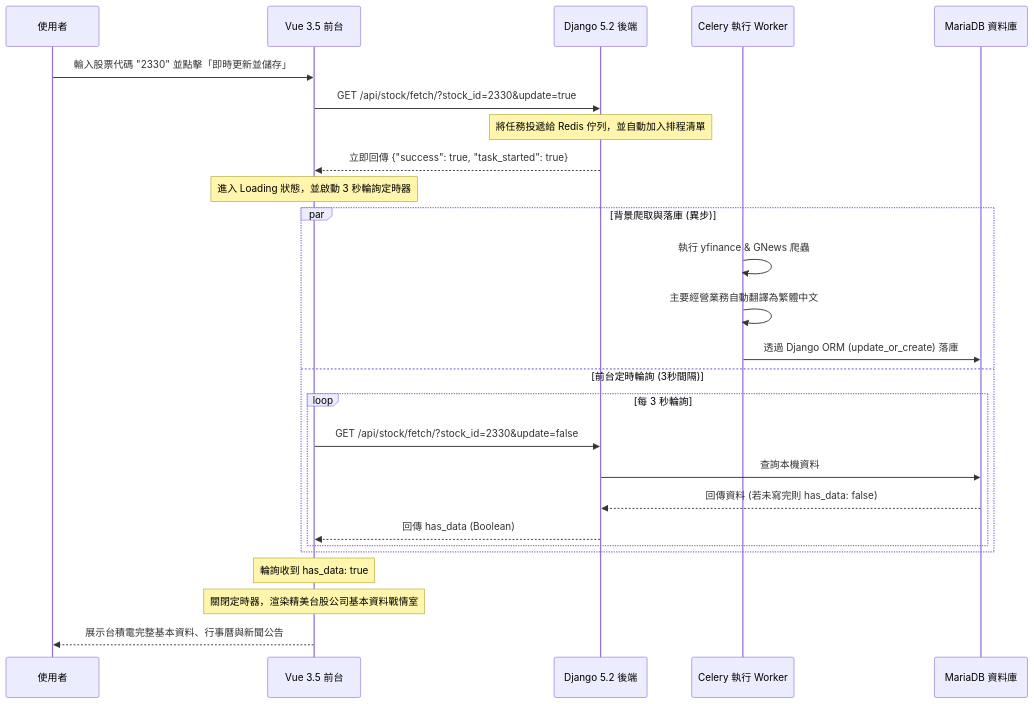
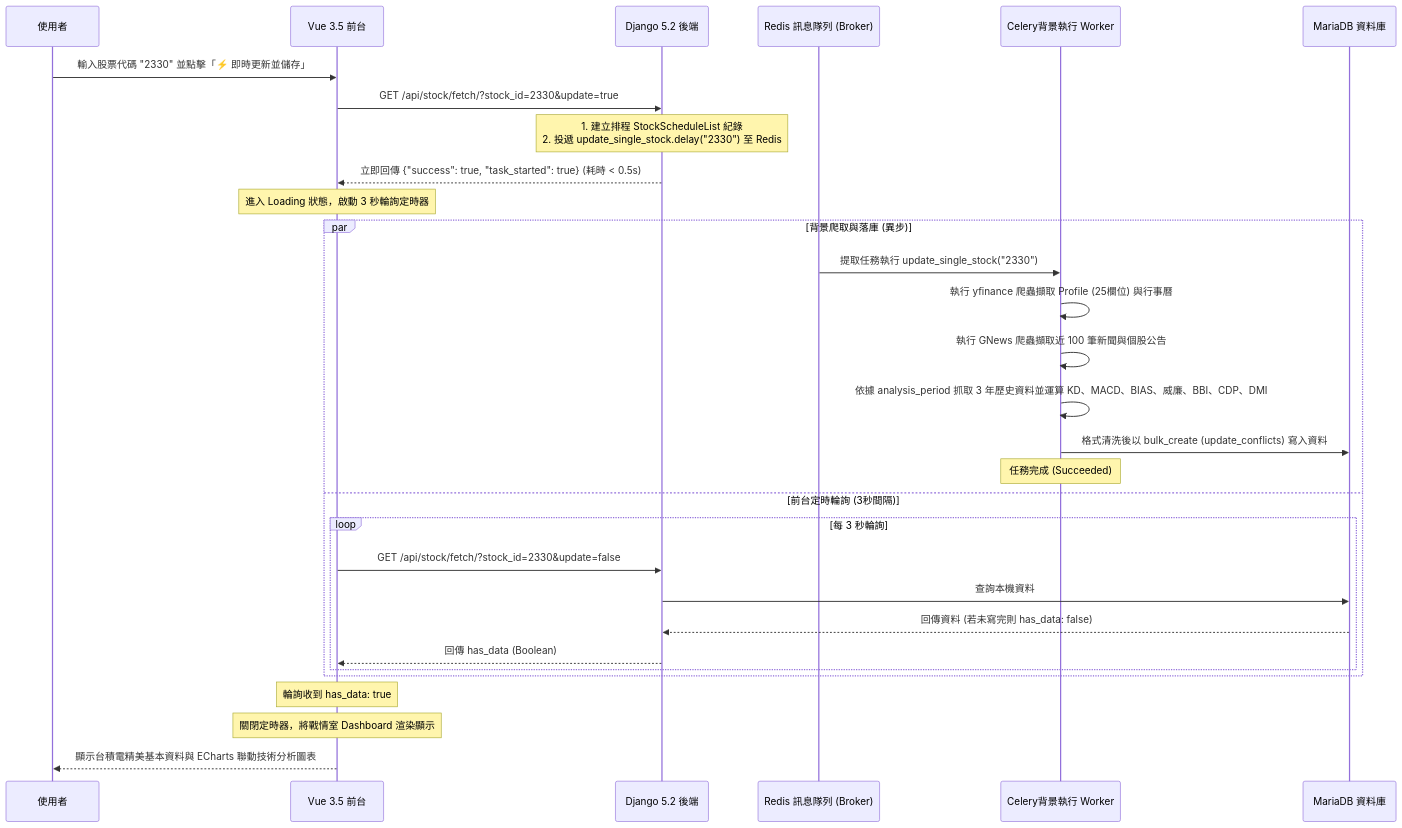
One commit to dengkaitraining/financial-information changed the diagram in .agents/skills/django-on-docker/task_logs/03_walkthrough.md. Above: the diagram before and after it, drawn with Mermaid. The commit also changed other lines of this file and 22 other files, not shown here.

Commit message:
2026-07-28 11:17 feat: add stock_db app with technical analysis calculation and database upsert capabilities

````diff
--- a/.agents/skills/django-on-docker/task_logs/03_walkthrough.md
+++ b/.agents/skills/django-on-docker/task_logs/03_walkthrough.md
@@ -11,31 +11,37 @@
 ```mermaid
 sequenceDiagram
     participant User as 使用者
     participant Vue_Frontend as Vue 3.5 前台
     participant Django_Backend as Django 5.2 後端
-    participant Celery_Worker as Celery 執行 Worker
+    participant Redis as Redis 訊息隊列 (Broker)
+    participant Celery_Worker as Celery背景執行 Worker
     participant MariaDB as MariaDB 資料庫
 
-    User->>Vue_Frontend: 輸入股票代碼 "2330" 並點擊「即時更新並儲存」
+    User->>Vue_Frontend: 輸入股票代碼 "2330" 並點擊「⚡ 即時更新並儲存」
     Vue_Frontend->>Django_Backend: GET /api/stock/fetch/?stock_id=2330&update=true
-    Note over Django_Backend: 將任務投遞給 Redis 佇列，並自動加入排程清單
-    Django_Backend-->>Vue_Frontend: 立即回傳 {"success": true, "task_started": true}
-    Note over Vue_Frontend: 進入 Loading 狀態，並啟動 3 秒輪詢定時器
+    
+    Note over Django_Backend: 1. 建立排程 StockScheduleList 紀錄<br/>2. 投遞 update_single_stock.delay("2330") 至 Redis
+    Django_Backend-->>Vue_Frontend: 立即回傳 {"success": true, "task_started": true} (耗時 < 0.5s)
+    
+    Note over Vue_Frontend: 進入 Loading 狀態，啟動 3 秒輪詢定時器
 
     par 背景爬取與落庫 (異步)
-        Celery_Worker->>Celery_Worker: 執行 yfinance & GNews 爬蟲
-        Celery_Worker->>Celery_Worker: 主要經營業務自動翻譯為繁體中文
-        Celery_Worker->>MariaDB: 透過 Django ORM (update_or_create) 落庫
+        Redis->>Celery_Worker: 提取任務執行 update_single_stock("2330")
+        Celery_Worker->>Celery_Worker: 執行 yfinance 爬蟲擷取 Profile (25欄位) 與行事曆
+        Celery_Worker->>Celery_Worker: 執行 GNews 爬蟲擷取近 100 筆新聞與個股公告
+        Celery_Worker->>Celery_Worker: 依據 analysis_period 抓取 3 年歷史資料並運算 KD、MACD、BIAS、威廉、BBI、CDP、DMI
+        Celery_Worker->>MariaDB: 格式清洗後以 bulk_create (update_conflicts) 寫入資料
+        Note over Celery_Worker: 任務完成 (Succeeded)
     and 前台定時輪詢 (3秒間隔)
         loop 每 3 秒輪詢
             Vue_Frontend->>Django_Backend: GET /api/stock/fetch/?stock_id=2330&update=false
             Django_Backend->>MariaDB: 查詢本機資料
             MariaDB-->>Django_Backend: 回傳資料 (若未寫完則 has_data: false)
             Django_Backend-->>Vue_Frontend: 回傳 has_data (Boolean)
         end
     end
 
     Note over Vue_Frontend: 輪詢收到 has_data: true
-    Note over Vue_Frontend: 關閉定時器，渲染精美台股公司基本資料戰情室
-    Vue_Frontend-->>User: 展示台積電完整基本資料、行事曆與新聞公告
+    Note over Vue_Frontend: 關閉定時器，將戰情室 Dashboard 渲染顯示
+    Vue_Frontend-->>User: 顯示台積電精美基本資料與 ECharts 聯動技術分析圖表
 ```
````
